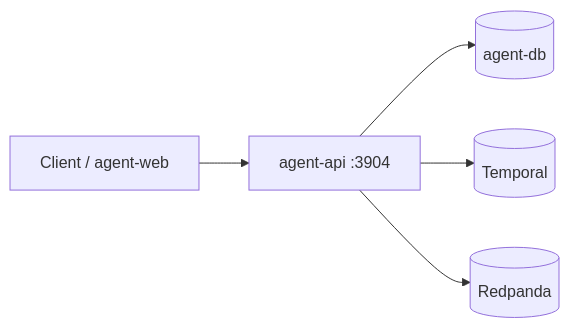
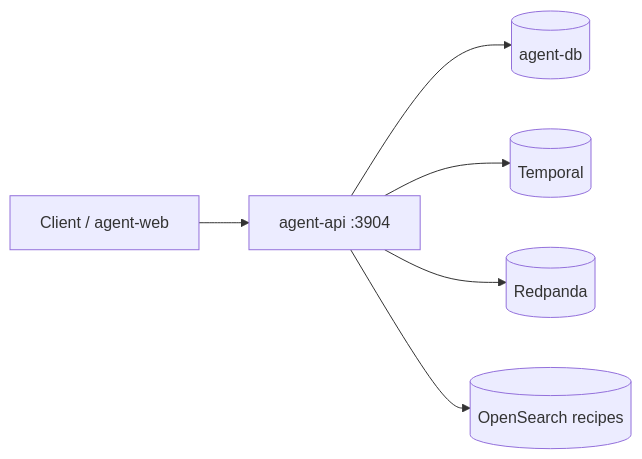
Before and after one commit to agent-tracer/tracer-agent-ts: the first of 3 diagrams in README.md, drawn with Mermaid. The commit also changed other lines of this file and 1 other file, not shown here.

````diff
--- a/README.md
+++ b/README.md
@@ -19,7 +20,8 @@
 ```mermaid
 flowchart LR
     Client[Client / agent-web] --> API[agent-api :3904]
     API --> AgentDB[(agent-db)]
     API --> Temporal[(Temporal)]
     API --> Kafka[(Redpanda)]
+    API --> OpenSearch[(OpenSearch recipes)]
 ```
````
